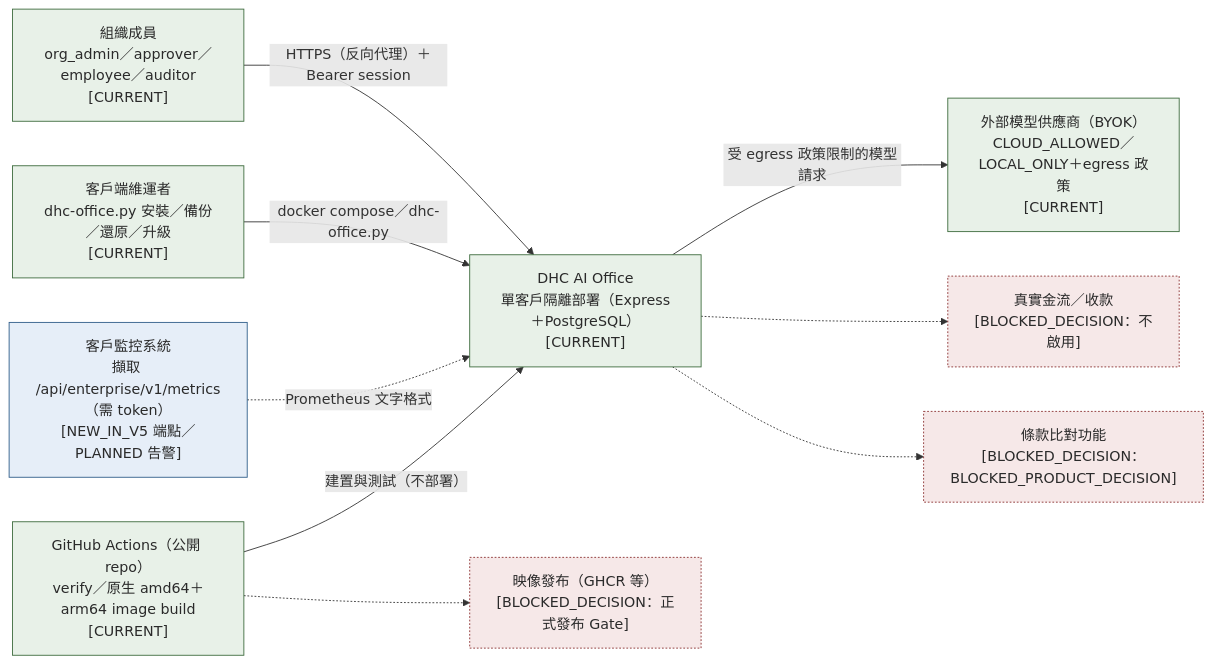
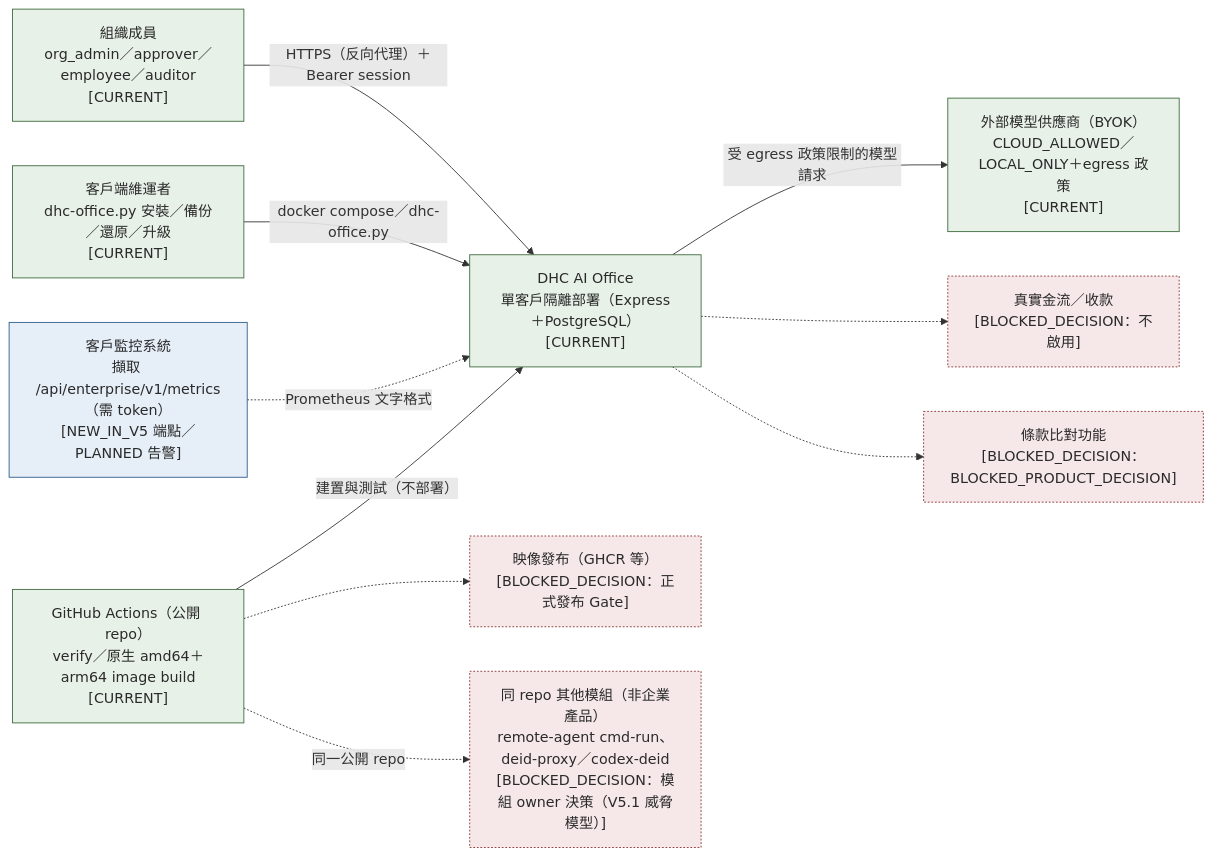
The diagram in web-ui/docs/enterprise/architecture/CURRENT_C4_CONTEXT.mmd (hades60414-sys/DHC-AI-SYSTEM), drawn with Mermaid before and after one commit. The commit also changed 11 other files, not shown here.

First line of the commit message:
docs(enterprise): V5.1 architecture delta and roadmap (NEW_IN_V51)

```diff
--- a/web-ui/docs/enterprise/architecture/CURRENT_C4_CONTEXT.mmd
+++ b/web-ui/docs/enterprise/architecture/CURRENT_C4_CONTEXT.mmd
@@ -1,25 +1,28 @@
-%% C4 Level 1（系統情境）。標記：CURRENT＝已在程式中、NEW_IN_V5＝本輪新增、PLANNED＝尚未實作、BLOCKED_DECISION＝待人類決策。
+%% V5.1：紫色＝NEW_IN_V51。C4 Level 1（系統情境）。標記：CURRENT＝已在程式中、NEW_IN_V5＝本輪新增、PLANNED＝尚未實作、BLOCKED_DECISION＝待人類決策。
 flowchart LR
   classDef current fill:#e8f1e8,stroke:#3d6b3d,color:#2A2A2A
   classDef newv5 fill:#e6eef8,stroke:#2f5d8a,color:#2A2A2A
+  classDef newv51 fill:#e9e6f6,stroke:#5a4a9a,color:#2A2A2A
   classDef planned fill:#f4f1e6,stroke:#8a7a2f,color:#2A2A2A,stroke-dasharray:4 3
   classDef blocked fill:#f6e8e8,stroke:#8a2f2f,color:#2A2A2A,stroke-dasharray:2 2
 
   staff["組織成員<br/>org_admin／approver／employee／auditor<br/>[CURRENT]"]:::current
   operator["客戶端維運者<br/>dhc-office.py 安裝／備份／還原／升級<br/>[CURRENT]"]:::current
   system["DHC AI Office<br/>單客戶隔離部署（Express＋PostgreSQL）<br/>[CURRENT]"]:::current
   models["外部模型供應商（BYOK）<br/>CLOUD_ALLOWED／LOCAL_ONLY＋egress 政策<br/>[CURRENT]"]:::current
   monitor["客戶監控系統<br/>擷取 /api/enterprise/v1/metrics（需 token）<br/>[NEW_IN_V5 端點／PLANNED 告警]"]:::newv5
   github["GitHub Actions（公開 repo）<br/>verify／原生 amd64＋arm64 image build<br/>[CURRENT]"]:::current
   registry["映像發布（GHCR 等）<br/>[BLOCKED_DECISION：正式發布 Gate]"]:::blocked
   billing["真實金流／收款<br/>[BLOCKED_DECISION：不啟用]"]:::blocked
   clause["條款比對功能<br/>[BLOCKED_DECISION：BLOCKED_PRODUCT_DECISION]"]:::blocked
+  other["同 repo 其他模組（非企業產品）<br/>remote-agent cmd-run、deid-proxy／codex-deid<br/>[BLOCKED_DECISION：模組 owner 決策（V5.1 威脅模型）]"]:::blocked
 
   staff -->|"HTTPS（反向代理）＋Bearer session"| system
   operator -->|"docker compose／dhc-office.py"| system
   system -->|"受 egress 政策限制的模型請求"| models
   monitor -.->|"Prometheus 文字格式"| system
   github -->|"建置與測試（不部署）"| system
   github -.-> registry
   system -.-> billing
   system -.-> clause
+  github -.->|"同一公開 repo"| other
```
